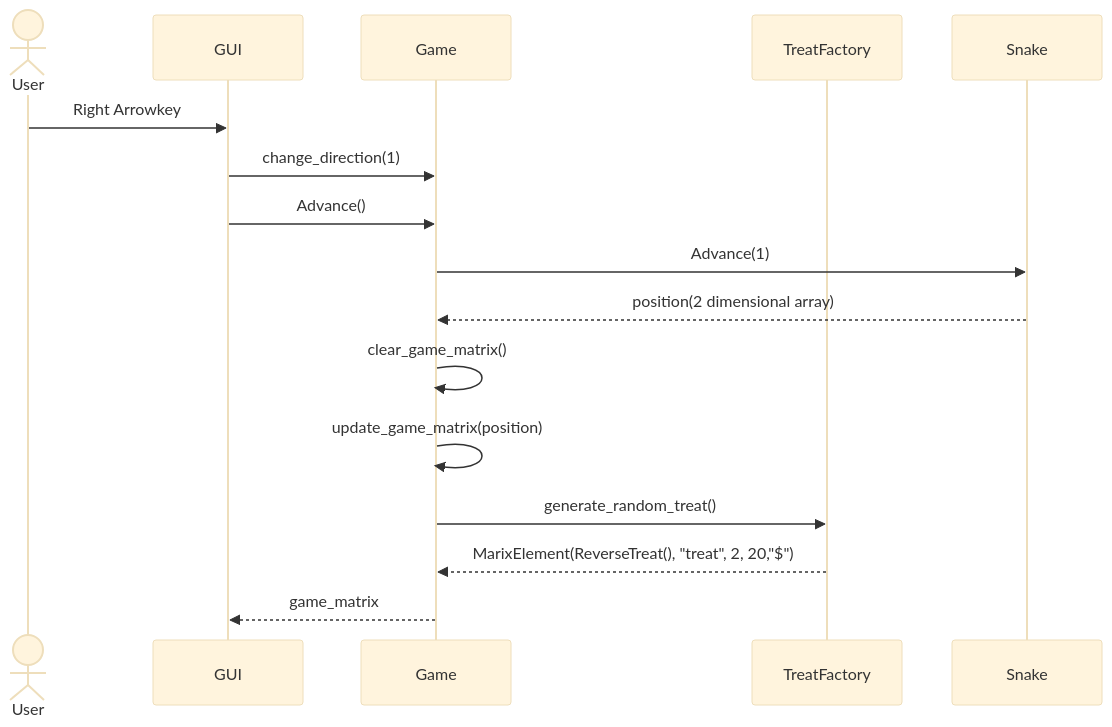
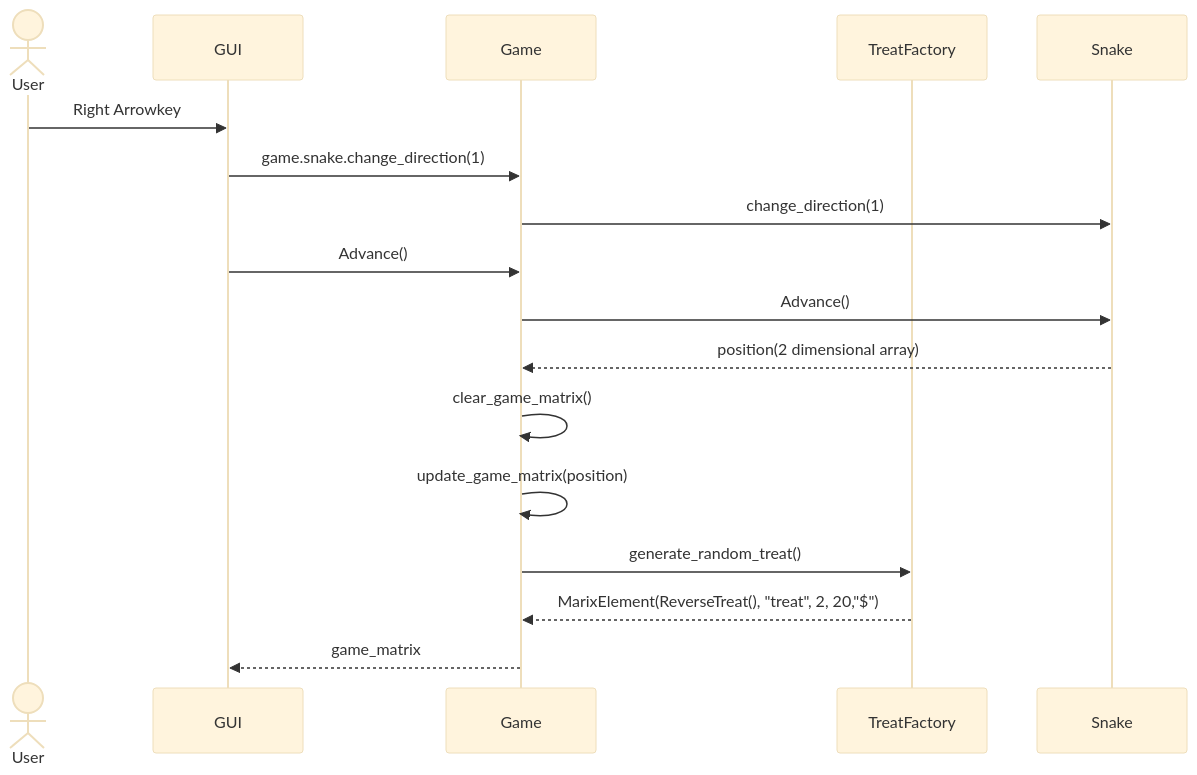
Before and after one commit to SuperTLP/ot-harjoitustyo: the first of 2 diagrams in dokumentaatio/arkkitehtuuri.md, drawn with Mermaid (base theme). The commit also changed other lines of this file, not shown here.

````diff
--- a/dokumentaatio/arkkitehtuuri.md
+++ b/dokumentaatio/arkkitehtuuri.md
@@ -63,19 +63,20 @@
 ```mermaid
 sequenceDiagram
   actor User
   participant GUI
   participant Game
   participant TreatFactory
   participant Snake
   
   User->>GUI:Right Arrowkey
-  GUI->>Game:change_direction(1)
+  GUI->>Game:game.snake.change_direction(1)
+  Game->>Snake:change_direction(1)
   GUI->>Game:Advance()
-  Game->>Snake:Advance(1)
+  Game->>Snake:Advance()
   Snake-->>Game:position(2 dimensional array)
   Game->>Game:clear_game_matrix()
   Game->>Game:update_game_matrix(position)
   Game->>TreatFactory:generate_random_treat()
   TreatFactory-->>Game:MarixElement(ReverseTreat(), "treat", 2, 20,"$")
   Game-->>GUI:game_matrix
   ```
````
